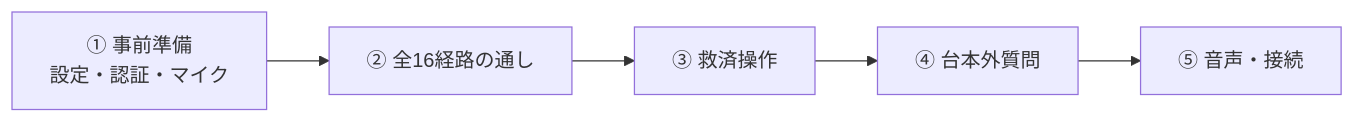
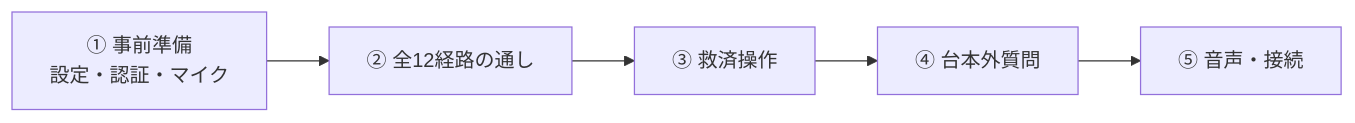
The diagram in docs/rehearsal.md (Kohei-Arita/yamamoto-avatar-scenario), drawn with Mermaid before and after one commit. The commit also changed other lines of this file and 20 other files, not shown here.

````diff
--- a/docs/rehearsal.md
+++ b/docs/rehearsal.md
@@ -5,4 +5,4 @@
 ```mermaid
 flowchart LR
-  P["① 事前準備<br/>設定・認証・マイク"] --> R["② 全16経路の通し"] --> H["③ 救済操作"] --> O["④ 台本外質問"] --> A["⑤ 音声・接続"]
+  P["① 事前準備<br/>設定・認証・マイク"] --> R["② 全12経路の通し"] --> H["③ 救済操作"] --> O["④ 台本外質問"] --> A["⑤ 音声・接続"]
 ```
````
